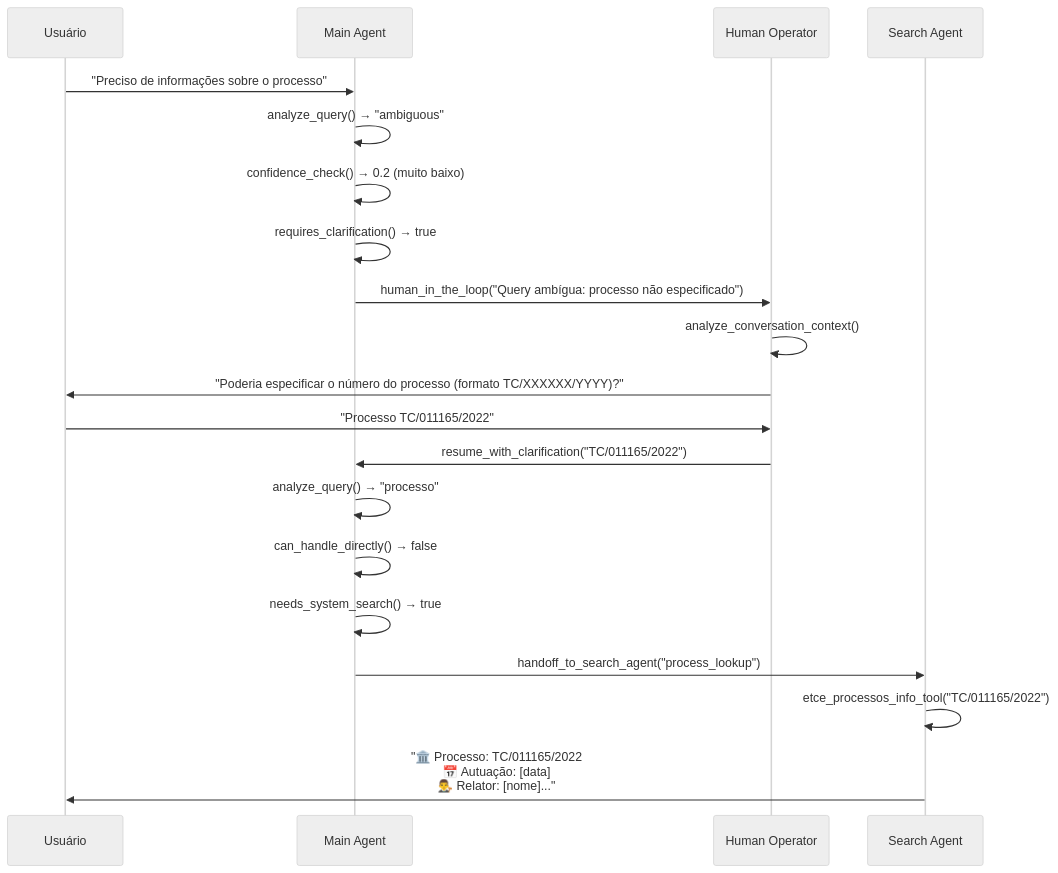
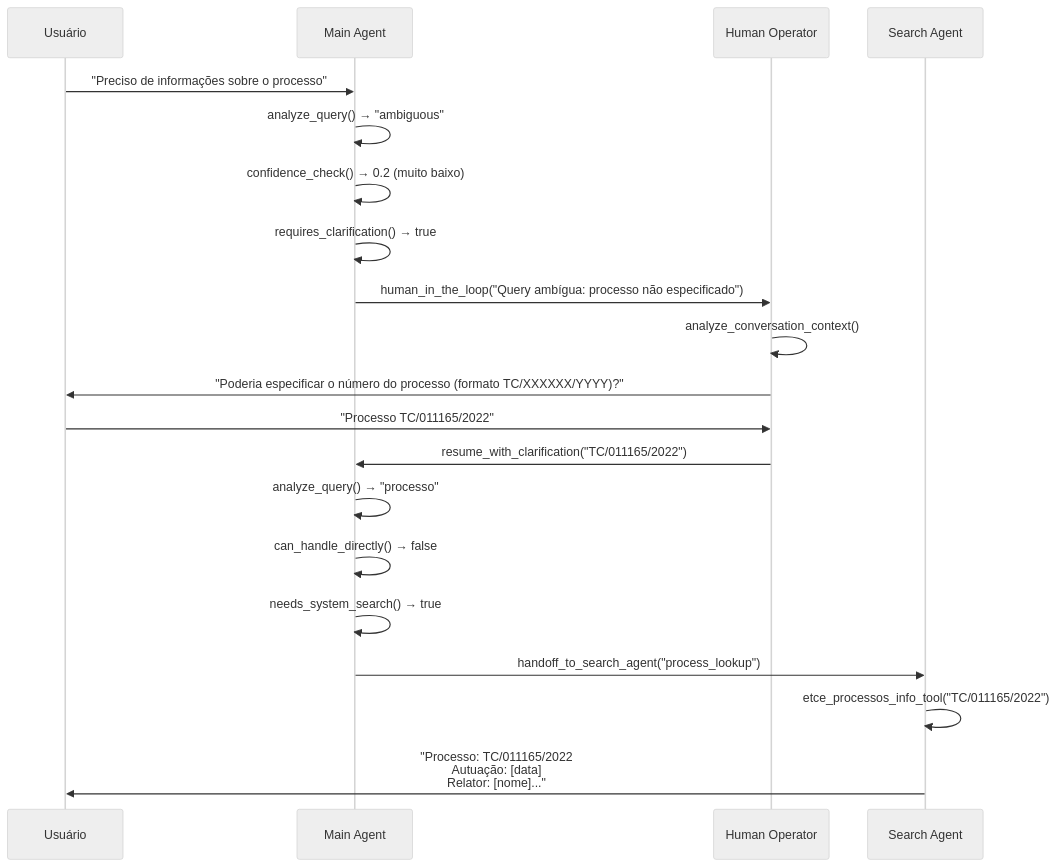
One commit to jgabriellima/coagent01-graph changed diagram 16 of 17 in docs/tce_swarm/ARCHITECTURE_COMPLETE.md. Above: the diagram before and after it, drawn with Mermaid (neutral theme). The commit also changed other lines of this file and 158 other files, not shown here.

First line of the commit message:
refactor: Remove outdated files and streamline TCE-PA architecture

````diff
--- a/docs/tce_swarm/ARCHITECTURE_COMPLETE.md
+++ b/docs/tce_swarm/ARCHITECTURE_COMPLETE.md
@@ -1586,32 +1522,32 @@
 ```mermaid
 sequenceDiagram
     participant U as Usuário
     participant M as Main Agent  
     participant H as Human Operator
     participant S as Search Agent
     
     U->>M: "Preciso de informações sobre o processo"
     
     M->>M: analyze_query() → "ambiguous"
     M->>M: confidence_check() → 0.2 (muito baixo)
     M->>M: requires_clarification() → true
     
     M->>H: human_in_the_loop("Query ambígua: processo não especificado")
     
     H->>H: analyze_conversation_context()
     H->>U: "Poderia especificar o número do processo (formato TC/XXXXXX/YYYY)?"
     
     U->>H: "Processo TC/011165/2022"
     
     H->>M: resume_with_clarification("TC/011165/2022")
     
     M->>M: analyze_query() → "processo" 
     M->>M: can_handle_directly() → false
     M->>M: needs_system_search() → true
     
     M->>S: handoff_to_search_agent("process_lookup")
     
     S->>S: etce_processos_info_tool("TC/011165/2022")
     
-    S->>U: "🏛️ Processo: TC/011165/2022<br/>📅 Autuação: [data]<br/>👨‍⚖️ Relator: [nome]..."
+    S->>U: "Processo: TC/011165/2022<br/>Autuação: [data]<br/>Relator: [nome]..."
 ```
````
